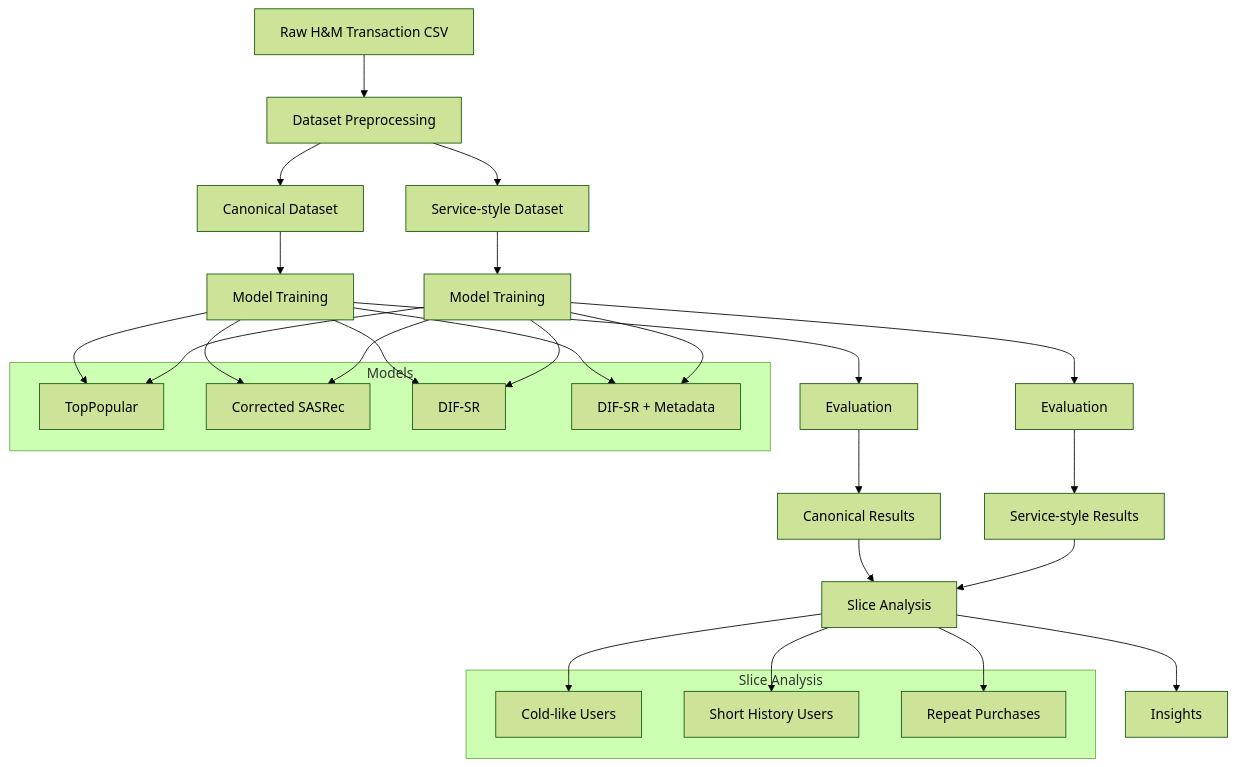
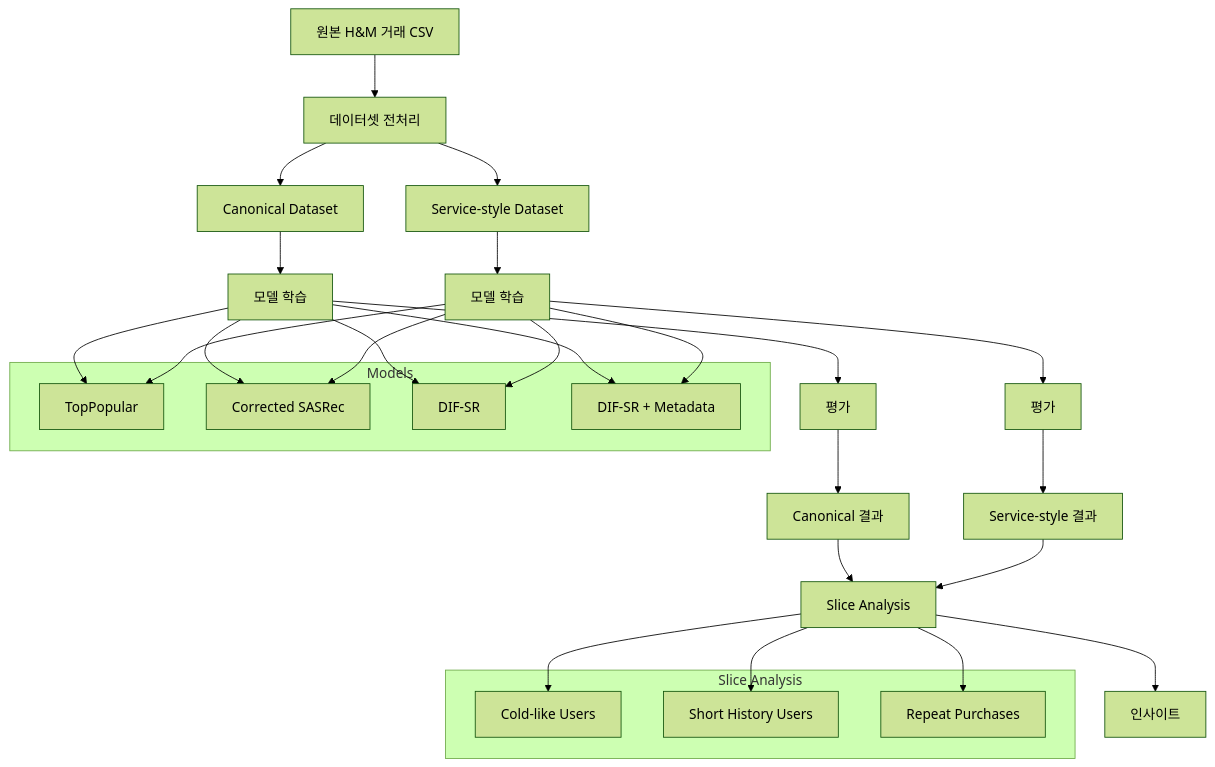
One commit to hyeongseok21/sequential-recommendation-under-sparsity changed the second of 4 diagrams in README.md. Above: the diagram before and after it, drawn with Mermaid (forest theme). The commit also changed other lines of this file, not shown here.

````diff
--- a/README.md
+++ b/README.md
@@ -71,49 +71,49 @@
 ```mermaid
 flowchart TD
 
-A["Raw H&M Transaction CSV"] --> B["Dataset Preprocessing"]
+A["원본 H&M 거래 CSV"] --> B["데이터셋 전처리"]
 
 B --> C1["Canonical Dataset"]
 B --> C2["Service-style Dataset"]
 
-C1 --> D1["Model Training"]
-C2 --> D2["Model Training"]
+C1 --> D1["모델 학습"]
+C2 --> D2["모델 학습"]
 
-D1 --> E1["Evaluation"]
-D2 --> E2["Evaluation"]
+D1 --> E1["평가"]
+D2 --> E2["평가"]
 
-E1 --> F1["Canonical Results"]
-E2 --> F2["Service-style Results"]
+E1 --> F1["Canonical 결과"]
+E2 --> F2["Service-style 결과"]
 
 F1 --> G["Slice Analysis"]
 F2 --> G
 
-G --> H["Insights"]
+G --> H["인사이트"]
 
 subgraph Models
 M1["TopPopular"]
 M2["Corrected SASRec"]
 M3["DIF-SR"]
 M4["DIF-SR + Metadata"]
 end
 
 D1 --> M1
 D1 --> M2
 D1 --> M3
 D1 --> M4
 
 D2 --> M1
 D2 --> M2
 D2 --> M3
 D2 --> M4
 
 subgraph "Slice Analysis"
 S1["Cold-like Users"]
 S2["Short History Users"]
 S3["Repeat Purchases"]
 end
 
 G --> S1
 G --> S2
 G --> S3
 ```
````
